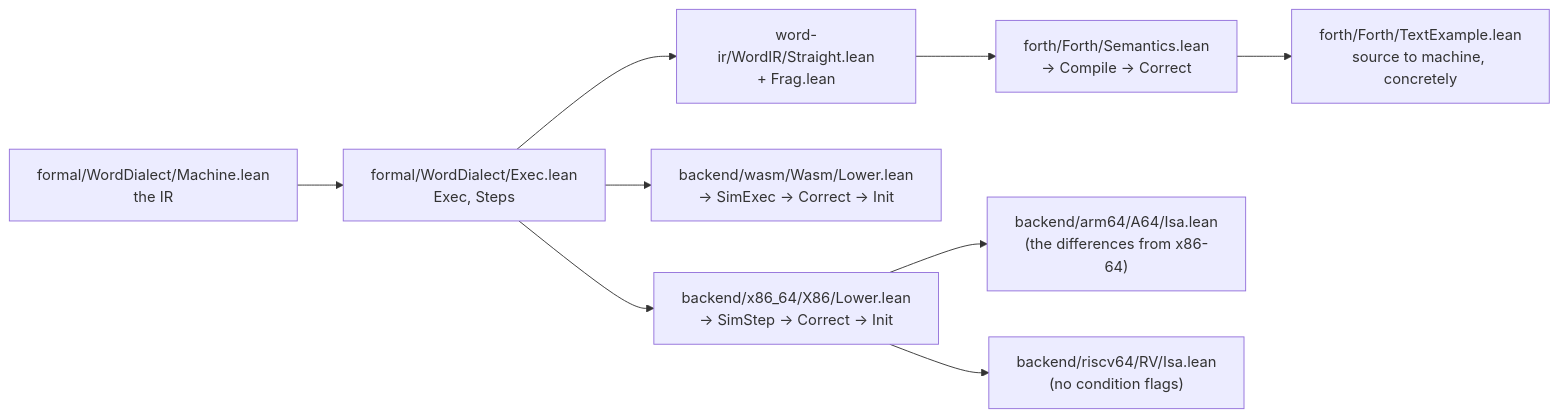
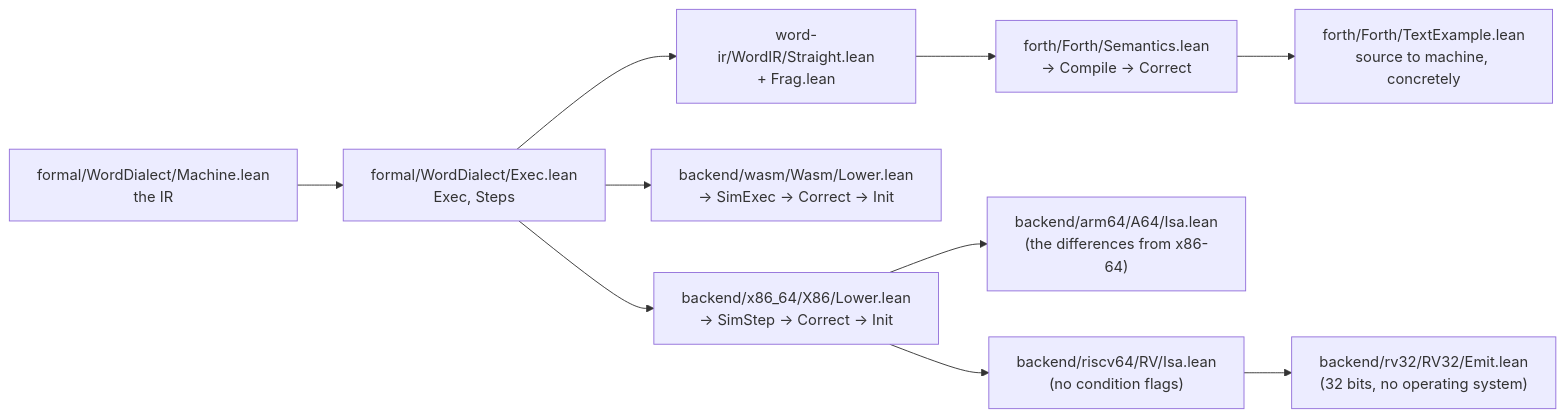
Diagram 17 of 17 in README.md (SNAPKITTYAGENT9NOVA/ai-free), drawn with Mermaid before and after one commit. The commit also changed other lines of this file and 27 other files, not shown here.

````diff
--- a/README.md
+++ b/README.md
@@ -1765,11 +1905,12 @@
 ```mermaid
 flowchart LR
   A["formal/WordDialect/Machine.lean<br/>the IR"] --> B["formal/WordDialect/Exec.lean<br/>Exec, Steps"]
   B --> C["word-ir/WordIR/Straight.lean<br/>+ Frag.lean"]
   C --> D["forth/Forth/Semantics.lean<br/>→ Compile → Correct"]
   B --> E["backend/wasm/Wasm/Lower.lean<br/>→ SimExec → Correct → Init"]
   B --> F["backend/x86_64/X86/Lower.lean<br/>→ SimStep → Correct → Init"]
   F --> AA["backend/arm64/A64/Isa.lean<br/>(the differences from x86-64)"]
   F --> RR["backend/riscv64/RV/Isa.lean<br/>(no condition flags)"]
+  RR --> MC["backend/rv32/RV32/Emit.lean<br/>(32 bits, no operating system)"]
   D --> G["forth/Forth/TextExample.lean<br/>source to machine, concretely"]
 ```
````
